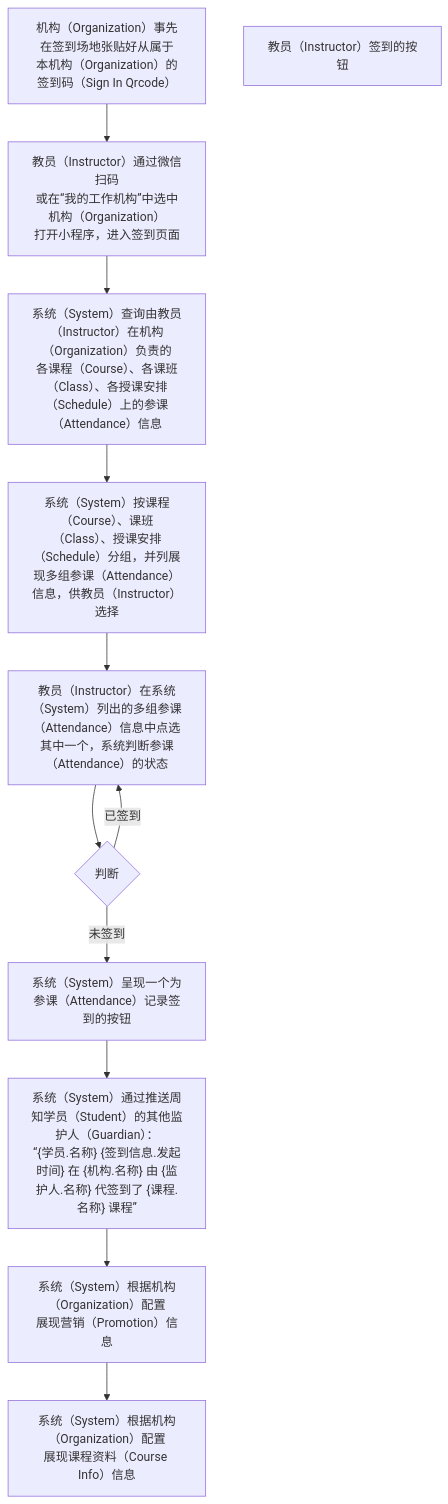
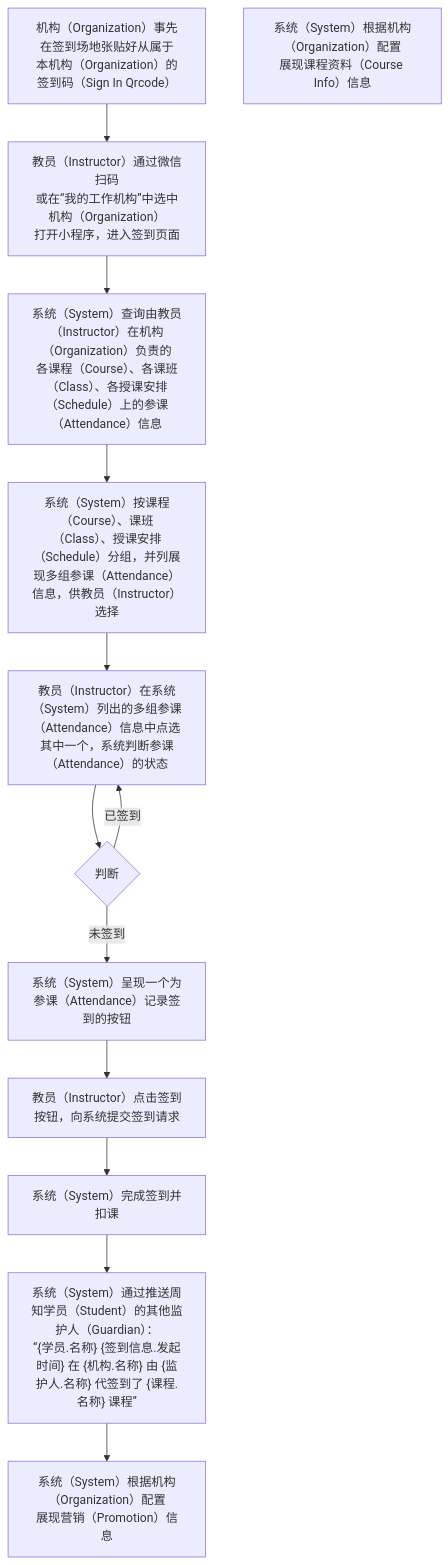
Before and after one commit to world-wide-web/sign: the third of 3 diagrams in 用例/签到.md, drawn with Mermaid. The commit also changed other lines of this file, not shown here.

Commit message:
用例/签到.md updated from https://stackedit.io/

````diff
--- a/用例/签到.md
+++ b/用例/签到.md
@@ -81,24 +81,26 @@
 ```mermaid
 graph TD
 A["<center>机构（Organization）事先在签到场地张贴好从属于<br>本机构（Organization）的签到码（Sign In Qrcode）</center>"]
 B["<center>教员（Instructor）通过微信扫码<br>或在“我的工作机构”中选中机构（Organization）<br>打开小程序，进入签到页面</center>"]
 C["<center>系统（System）查询由教员（Instructor）在机构（Organization）负责的<br>各课程（Course）、各课班（Class）、各授课安排（Schedule）上的参课（Attendance）信息"]
 D["<center>系统（System）按课程（Course）、课班（Class）、授课安排（Schedule）分组，并列展现多组参课（Attendance）信息，供教员（Instructor）选择</center>"]
 E["<center>教员（Instructor）在系统（System）列出的多组参课（Attendance）信息中点选其中一个，系统判断参课（Attendance）的状态</center>"]
 F{"<center>判断</center>"}
-F1["<center>系统（System）呈现一个为参课（Attendance）记录签到的按钮</center>"]
-F2["<center>教员（Instructor）签到的按钮</center>"]
-G["<center>系统（System）通过推送周知学员（Student）的其他监护人（Guardian）：<br>“{学员.名称} {签到信息.发起时间} 在 {机构.名称} 由 {监护人.名称} 代签到了 {课程.名称} 课程”</center>"]
-H["<center>系统（System）根据机构（Organization）配置<br>展现营销（Promotion）信息</center>"]
-I["<center>系统（System）根据机构（Organization）配置<br>展现课程资料（Course Info）信息</center>"]
+G["<center>系统（System）呈现一个为参课（Attendance）记录签到的按钮</center>"]
+H["<center>教员（Instructor）点击签到按钮，向系统提交签到请求</center>"]
+I["<center>系统（System）完成签到并扣课</center>"]
+J["<center>系统（System）通过推送周知学员（Student）的其他监护人（Guardian）：<br>“{学员.名称} {签到信息.发起时间} 在 {机构.名称} 由 {监护人.名称} 代签到了 {课程.名称} 课程”</center>"]
+K["<center>系统（System）根据机构（Organization）配置<br>展现营销（Promotion）信息</center>"]
+L["<center>系统（System）根据机构（Organization）配置<br>展现课程资料（Course Info）信息</center>"]
 A-->B
 B-->C
 C-->D
 D-->E
 E-->F
 F--已签到-->E
-F--未签到-->F1
-F1-->G
+F--未签到-->G
 G-->H
 H-->I
+I-->J
+J-->K
 ```
````
